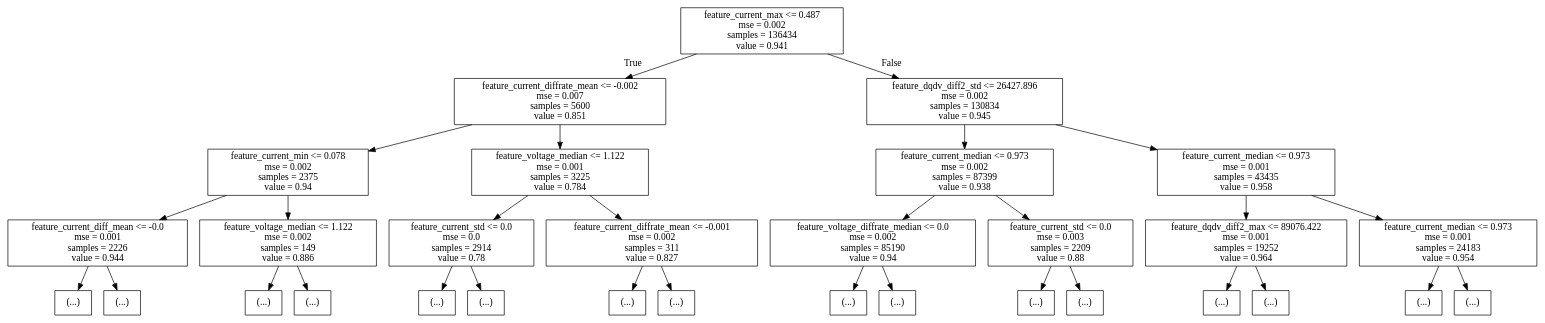
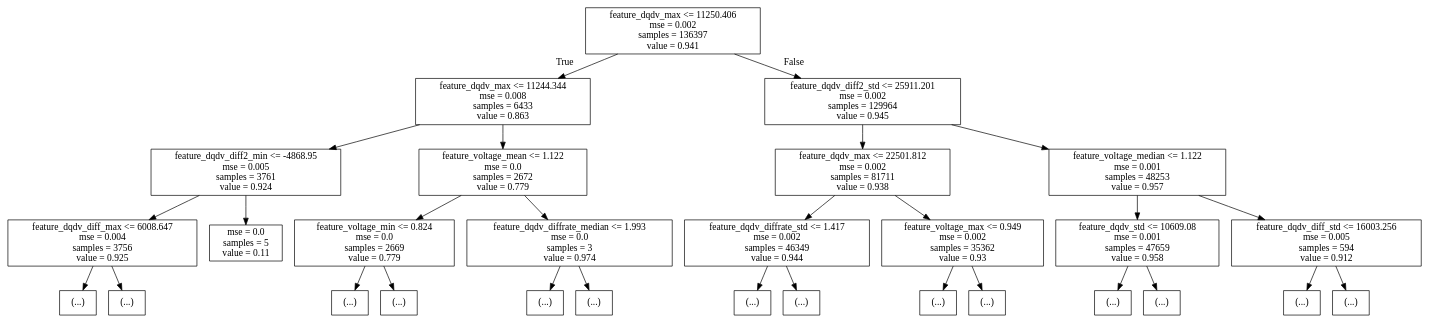
Before and after one commit to johnnyWzq/cell_test_data: the diagram in charge_g_pkl/rf_depth3.dot, drawn with Graphviz. The commit also changed 19 other files, not shown here.

Commit message:
drop feature of current and new model

```diff
--- a/charge_g_pkl/rf_depth3.dot
+++ b/charge_g_pkl/rf_depth3.dot
@@ -1,64 +1,60 @@
 digraph Tree {
 node [shape=box] ;
-0 [label="feature_current_max <= 0.487\nmse = 0.002\nsamples = 136434\nvalue = 0.941"] ;
-1 [label="feature_current_diffrate_mean <= -0.002\nmse = 0.007\nsamples = 5600\nvalue = 0.851"] ;
+0 [label="feature_dqdv_max <= 11250.406\nmse = 0.002\nsamples = 136397\nvalue = 0.941"] ;
+1 [label="feature_dqdv_max <= 11244.344\nmse = 0.008\nsamples = 6433\nvalue = 0.863"] ;
 0 -> 1 [labeldistance=2.5, labelangle=45, headlabel="True"] ;
-2 [label="feature_current_min <= 0.078\nmse = 0.002\nsamples = 2375\nvalue = 0.94"] ;
+2 [label="feature_dqdv_diff2_min <= -4868.95\nmse = 0.005\nsamples = 3761\nvalue = 0.924"] ;
 1 -> 2 ;
-3 [label="feature_current_diff_mean <= -0.0\nmse = 0.001\nsamples = 2226\nvalue = 0.944"] ;
+3 [label="feature_dqdv_diff_max <= 6008.647\nmse = 0.004\nsamples = 3756\nvalue = 0.925"] ;
 2 -> 3 ;
 4 [label="(...)"] ;
 3 -> 4 ;
-2729 [label="(...)"] ;
-3 -> 2729 ;
-2904 [label="feature_voltage_median <= 1.122\nmse = 0.002\nsamples = 149\nvalue = 0.886"] ;
-2 -> 2904 ;
-2905 [label="(...)"] ;
-2904 -> 2905 ;
-2910 [label="(...)"] ;
-2904 -> 2910 ;
-3129 [label="feature_voltage_median <= 1.122\nmse = 0.001\nsamples = 3225\nvalue = 0.784"] ;
-1 -> 3129 ;
-3130 [label="feature_current_std <= 0.0\nmse = 0.0\nsamples = 2914\nvalue = 0.78"] ;
-3129 -> 3130 ;
-3131 [label="(...)"] ;
-3130 -> 3131 ;
-3516 [label="(...)"] ;
-3130 -> 3516 ;
-5001 [label="feature_current_diffrate_mean <= -0.001\nmse = 0.002\nsamples = 311\nvalue = 0.827"] ;
-3129 -> 5001 ;
-5002 [label="(...)"] ;
-5001 -> 5002 ;
-5339 [label="(...)"] ;
-5001 -> 5339 ;
-5422 [label="feature_dqdv_diff2_std <= 26427.896\nmse = 0.002\nsamples = 130834\nvalue = 0.945"] ;
-0 -> 5422 [labeldistance=2.5, labelangle=-45, headlabel="False"] ;
-5423 [label="feature_current_median <= 0.973\nmse = 0.002\nsamples = 87399\nvalue = 0.938"] ;
-5422 -> 5423 ;
-5424 [label="feature_voltage_diffrate_median <= 0.0\nmse = 0.002\nsamples = 85190\nvalue = 0.94"] ;
-5423 -> 5424 ;
-5425 [label="(...)"] ;
-5424 -> 5425 ;
-80502 [label="(...)"] ;
-5424 -> 80502 ;
-80503 [label="feature_current_std <= 0.0\nmse = 0.003\nsamples = 2209\nvalue = 0.88"] ;
-5423 -> 80503 ;
-80504 [label="(...)"] ;
-80503 -> 80504 ;
-81617 [label="(...)"] ;
-80503 -> 81617 ;
-82612 [label="feature_current_median <= 0.973\nmse = 0.001\nsamples = 43435\nvalue = 0.958"] ;
-5422 -> 82612 ;
-82613 [label="feature_dqdv_diff2_max <= 89076.422\nmse = 0.001\nsamples = 19252\nvalue = 0.964"] ;
-82612 -> 82613 ;
-82614 [label="(...)"] ;
-82613 -> 82614 ;
-92629 [label="(...)"] ;
-82613 -> 92629 ;
-101548 [label="feature_current_median <= 0.973\nmse = 0.001\nsamples = 24183\nvalue = 0.954"] ;
-82612 -> 101548 ;
-101549 [label="(...)"] ;
-101548 -> 101549 ;
-112906 [label="(...)"] ;
-101548 -> 112906 ;
+525 [label="(...)"] ;
+3 -> 525 ;
+5148 [label="mse = 0.0\nsamples = 5\nvalue = 0.11"] ;
+2 -> 5148 ;
+5149 [label="feature_voltage_mean <= 1.122\nmse = 0.0\nsamples = 2672\nvalue = 0.779"] ;
+1 -> 5149 ;
+5150 [label="feature_voltage_min <= 0.824\nmse = 0.0\nsamples = 2669\nvalue = 0.779"] ;
+5149 -> 5150 ;
+5151 [label="(...)"] ;
+5150 -> 5151 ;
+5194 [label="(...)"] ;
+5150 -> 5194 ;
+6603 [label="feature_dqdv_diffrate_median <= 1.993\nmse = 0.0\nsamples = 3\nvalue = 0.974"] ;
+5149 -> 6603 ;
+6604 [label="(...)"] ;
+6603 -> 6604 ;
+6607 [label="(...)"] ;
+6603 -> 6607 ;
+6608 [label="feature_dqdv_diff2_std <= 25911.201\nmse = 0.002\nsamples = 129964\nvalue = 0.945"] ;
+0 -> 6608 [labeldistance=2.5, labelangle=-45, headlabel="False"] ;
+6609 [label="feature_dqdv_max <= 22501.812\nmse = 0.002\nsamples = 81711\nvalue = 0.938"] ;
+6608 -> 6609 ;
+6610 [label="feature_dqdv_diffrate_std <= 1.417\nmse = 0.002\nsamples = 46349\nvalue = 0.944"] ;
+6609 -> 6610 ;
+6611 [label="(...)"] ;
+6610 -> 6611 ;
+52120 [label="(...)"] ;
+6610 -> 52120 ;
+57347 [label="feature_voltage_max <= 0.949\nmse = 0.002\nsamples = 35362\nvalue = 0.93"] ;
+6609 -> 57347 ;
+57348 [label="(...)"] ;
+57347 -> 57348 ;
+57349 [label="(...)"] ;
+57347 -> 57349 ;
+93944 [label="feature_voltage_median <= 1.122\nmse = 0.001\nsamples = 48253\nvalue = 0.957"] ;
+6608 -> 93944 ;
+93945 [label="feature_dqdv_std <= 10609.08\nmse = 0.001\nsamples = 47659\nvalue = 0.958"] ;
+93944 -> 93945 ;
+93946 [label="(...)"] ;
+93945 -> 93946 ;
+123077 [label="(...)"] ;
+93945 -> 123077 ;
+148620 [label="feature_dqdv_diff_std <= 16003.256\nmse = 0.005\nsamples = 594\nvalue = 0.912"] ;
+93944 -> 148620 ;
+148621 [label="(...)"] ;
+148620 -> 148621 ;
+149272 [label="(...)"] ;
+148620 -> 149272 ;
 }
```
